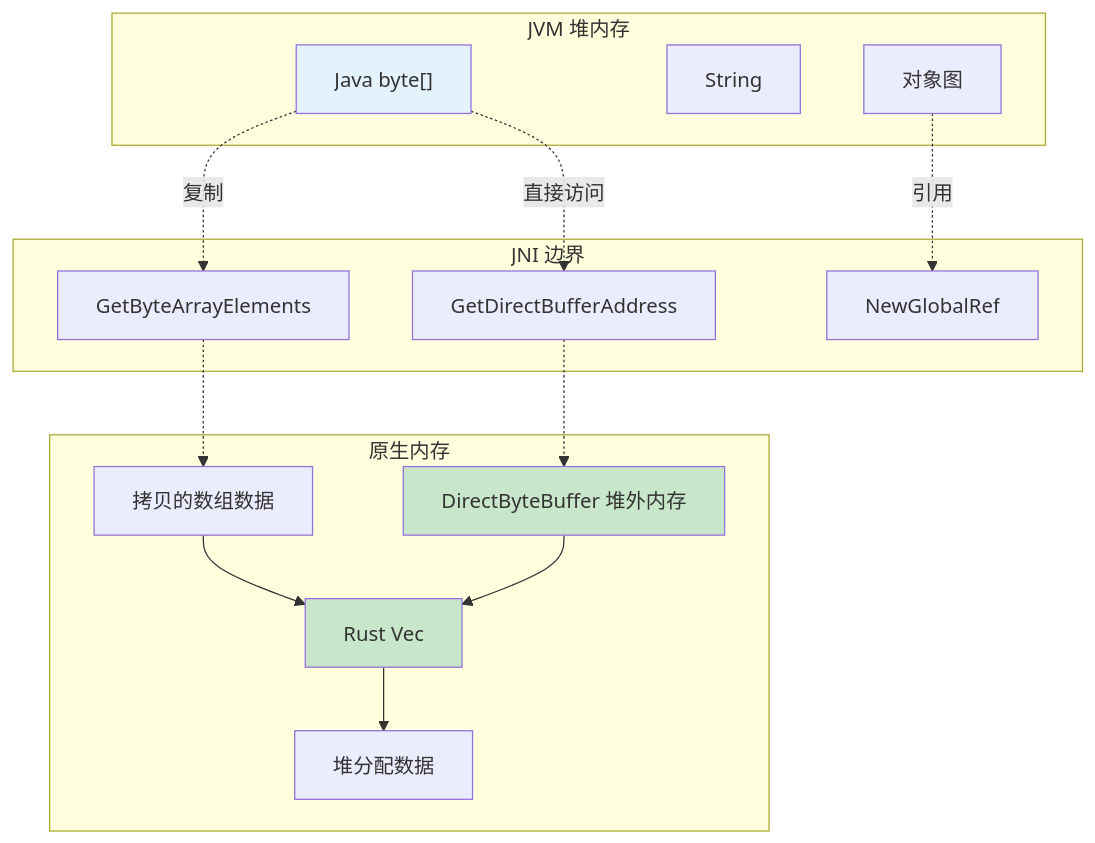
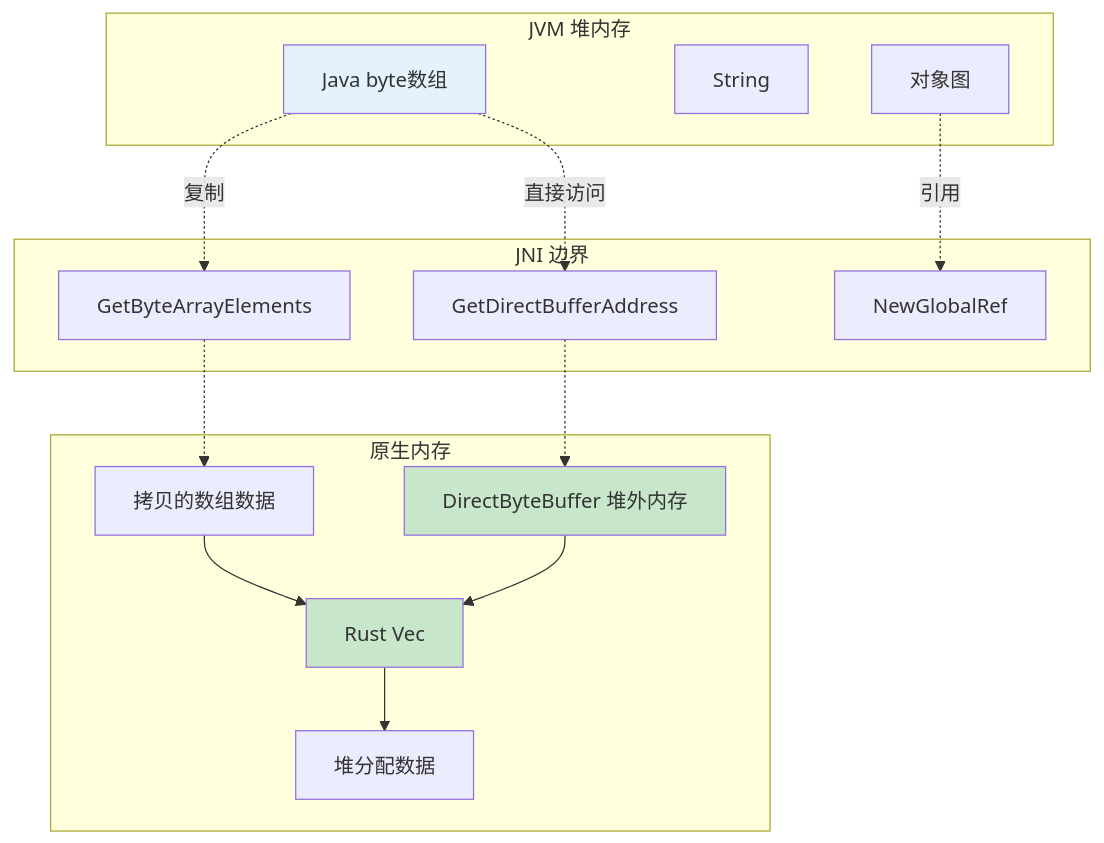
The third of 4 diagrams in Knowledge/Flink-Scala-Rust-Comprehensive/03-scala-rust-interop/03.02-jni-bridge.md (AdaMartin18010/AnalysisDataFlow), drawn with Mermaid before and after one commit. The commit also changed other lines of this file and 679 other files, not shown here.

````diff
--- a/Knowledge/Flink-Scala-Rust-Comprehensive/03-scala-rust-interop/03.02-jni-bridge.md
+++ b/Knowledge/Flink-Scala-Rust-Comprehensive/03-scala-rust-interop/03.02-jni-bridge.md
@@ -1023,37 +1023,37 @@
 ```mermaid
 graph TB
     subgraph "JVM 堆内存"
-        J1["Java byte[]"]
+        J1["Java byte数组"]
         J2[String]
         J3[对象图]
     end
 
     subgraph "JNI 边界"
         B1[GetByteArrayElements]
         B2[GetDirectBufferAddress]
         B3[NewGlobalRef]
     end
 
     subgraph "原生内存"
         N1[拷贝的数组数据]
         N2[DirectByteBuffer 堆外内存]
         N3[Rust Vec<T>]
         N4[堆分配数据]
     end
 
     J1 -.->|复制| B1
     B1 -.-> N1
 
     J1 -.->|直接访问| B2
     B2 -.-> N2
 
     J3 -.->|引用| B3
 
     N1 --> N3
     N2 --> N3
     N3 --> N4
 
     style J1 fill:#e3f2fd
     style N2 fill:#c8e6c9
     style N3 fill:#c8e6c9
 ```
````
